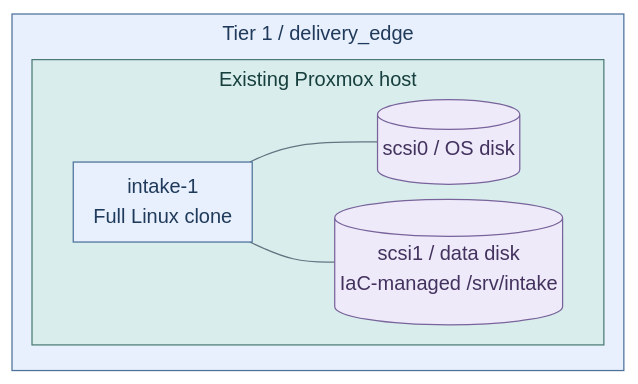
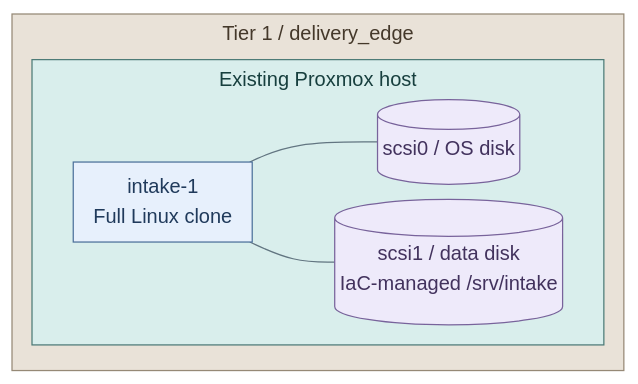
One commit to Rexus/homelab changed the second of 2 diagrams in docs/03-deployment/stage-3-trust/step-15b-verified-intake.md. Above: the diagram before and after it, drawn with Mermaid. The commit also changed other lines of this file and 108 other files, not shown here.

Commit message:
docs(diagrams): unify visual language and opening views

````diff
--- a/docs/03-deployment/stage-3-trust/step-15b-verified-intake.md
+++ b/docs/03-deployment/stage-3-trust/step-15b-verified-intake.md
@@ -212,20 +218,22 @@
 ```mermaid
 %%{init: {"theme":"base","flowchart":{"nodeSpacing":12,"rankSpacing":16,"padding":8,"subGraphTitleMargin":{"top":4,"bottom":12}},"themeVariables":{"lineColor":"#627581","edgeLabelBackground":"#f8fafc"}}}%%
 flowchart LR
   subgraph T1["Tier 1 / delivery_edge"]
     subgraph PVE["Existing Proxmox host"]
       VM["intake-1<br/>Full Linux clone"]
       OS[("scsi0 / OS disk")]
       DATA[("scsi1 / data disk<br/>IaC-managed /srv/intake")]
       VM --- OS
       VM --- DATA
     end
   end
   classDef default fill:#f8fafc,stroke:#64748b,color:#1f2937
   classDef services fill:#e7f0fc,stroke:#4d719b,color:#203a5b
   classDef runtime fill:#d9eeec,stroke:#4d7b77,color:#173f3e
   classDef data fill:#eeeafa,stroke:#78639b,color:#42325d
-  class T1,VM services
+  class VM services
   class PVE runtime
   class OS,DATA data
+  classDef tier1 fill:#e9e2d8,stroke:#968976,color:#44382a
+  class T1 tier1
 ```
````
